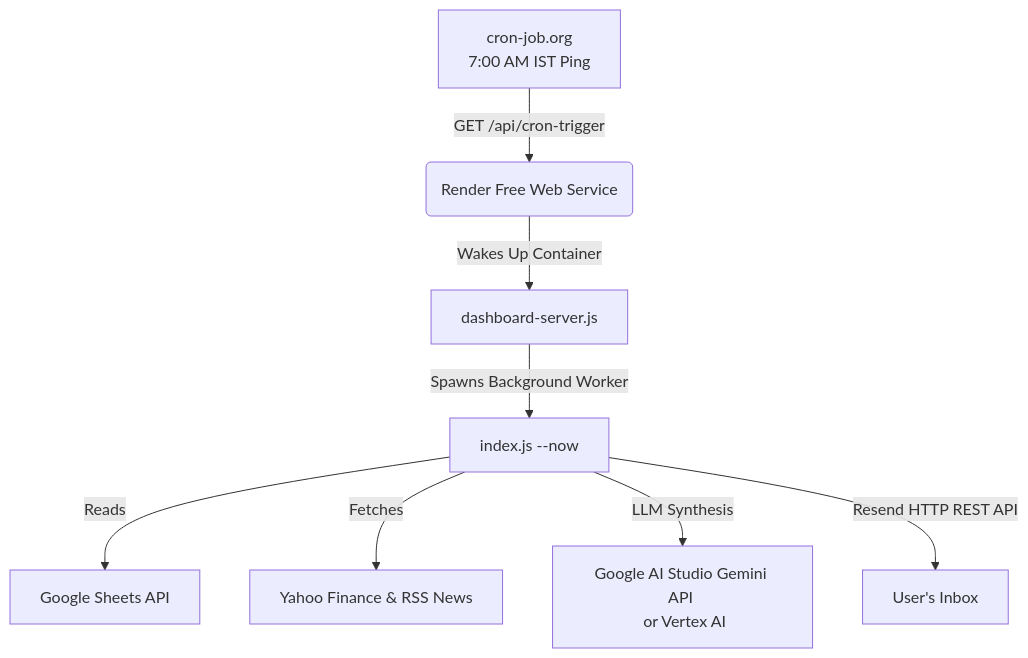
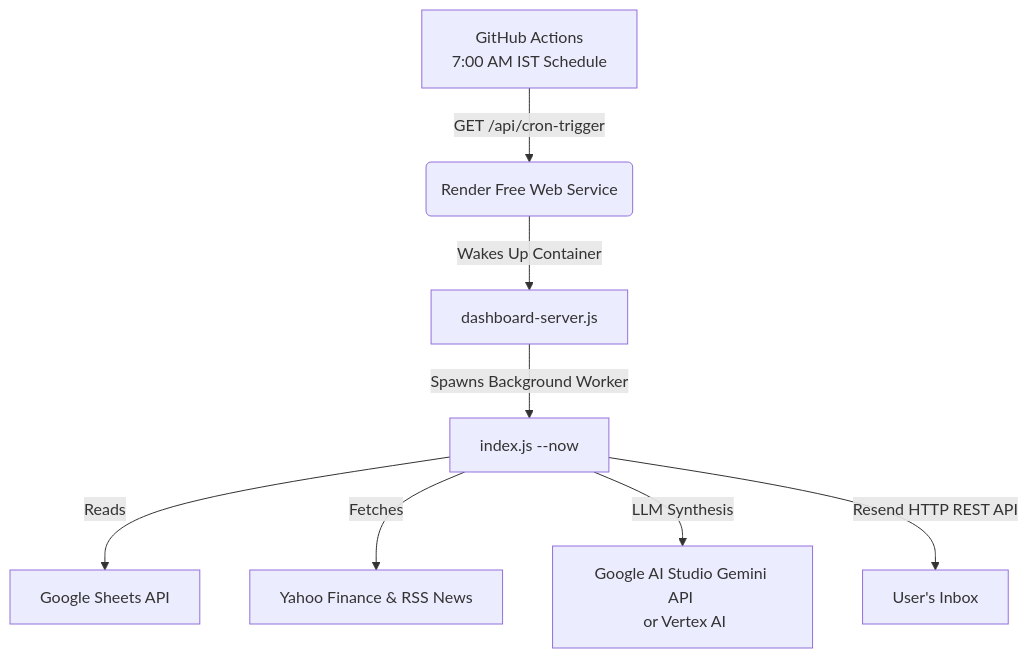
Before and after one commit to SreeharshaMansani/stock-intelligence: the diagram in README.md, drawn with Mermaid. The commit also changed other lines of this file and 2 other files, not shown here.

````diff
--- a/README.md
+++ b/README.md
@@ -11,10 +18,10 @@
 ```mermaid
 graph TD
-    A[cron-job.org <br> 7:00 AM IST Ping] -- GET /api/cron-trigger --> B(Render Free Web Service)
+    A[GitHub Actions <br> 7:00 AM IST Schedule] -- GET /api/cron-trigger --> B(Render Free Web Service)
     B -- Wakes Up Container --> C[dashboard-server.js]
     C -- Spawns Background Worker --> D[index.js --now]
     D -- Reads --> E[Google Sheets API]
     D -- Fetches --> F[Yahoo Finance & RSS News]
     D -- LLM Synthesis --> G[Google AI Studio Gemini API <br> or Vertex AI]
     D -- Resend HTTP REST API --> H[User's Inbox]
 ```
````
